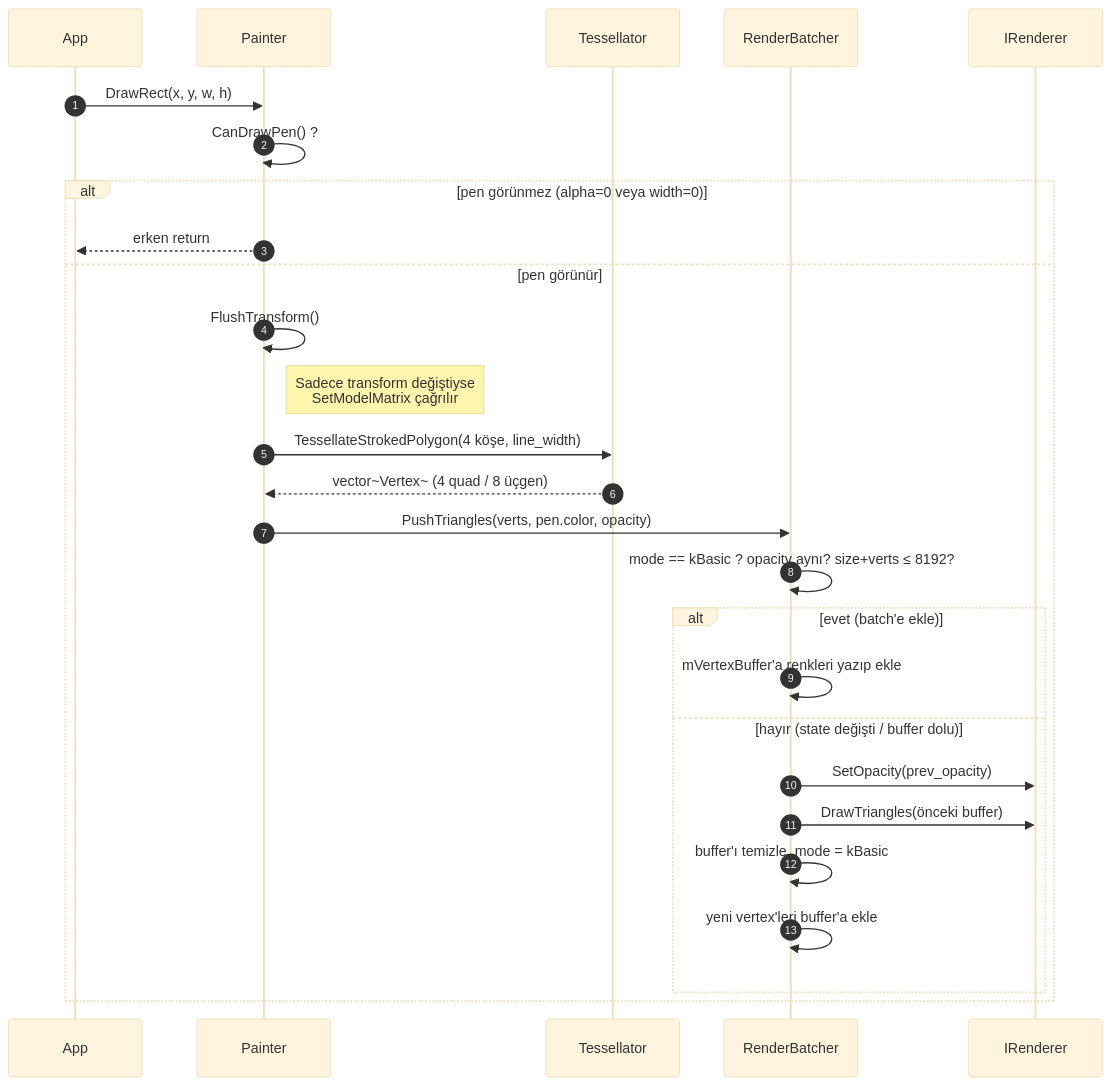
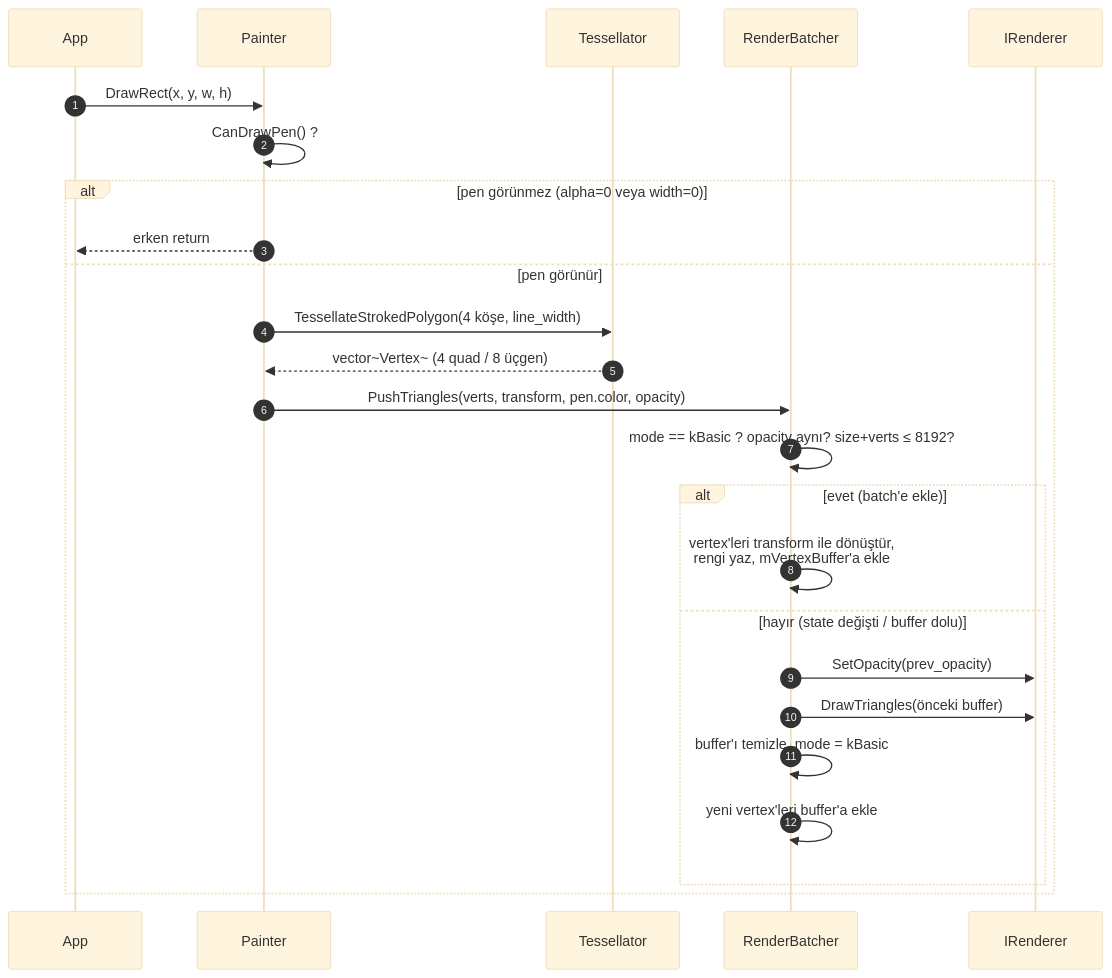
The second of 13 diagrams in doc/akislar.md (yazilimperver/sdl-painter), drawn with Mermaid (base theme) before and after one commit. The commit also changed other lines of this file and 10 other files, not shown here.

````diff
--- a/doc/akislar.md
+++ b/doc/akislar.md
@@ -69,30 +69,28 @@
 ```mermaid
 sequenceDiagram
     autonumber
     participant App
     participant P as Painter
     participant T as Tessellator
     participant B as RenderBatcher
     participant R as IRenderer
 
     App->>P: DrawRect(x, y, w, h)
     P->>P: CanDrawPen() ?
     alt pen görünmez (alpha=0 veya width=0)
         P-->>App: erken return
     else pen görünür
-        P->>P: FlushTransform()
-        Note right of P: Sadece transform değiştiyse<br/>SetModelMatrix çağrılır
         P->>T: TessellateStrokedPolygon(4 köşe, line_width)
         T-->>P: vector~Vertex~ (4 quad / 8 üçgen)
-        P->>B: PushTriangles(verts, pen.color, opacity)
+        P->>B: PushTriangles(verts, transform, pen.color, opacity)
         B->>B: mode == kBasic ? opacity aynı? size+verts ≤ 8192?
         alt evet (batch'e ekle)
-            B->>B: mVertexBuffer'a renkleri yazıp ekle
+            B->>B: vertex'leri transform ile dönüştür,<br/>rengi yaz, mVertexBuffer'a ekle
         else hayır (state değişti / buffer dolu)
             B->>R: SetOpacity(prev_opacity)
             B->>R: DrawTriangles(önceki buffer)
             B->>B: buffer'ı temizle, mode = kBasic
             B->>B: yeni vertex'leri buffer'a ekle
         end
     end
 ```
````
